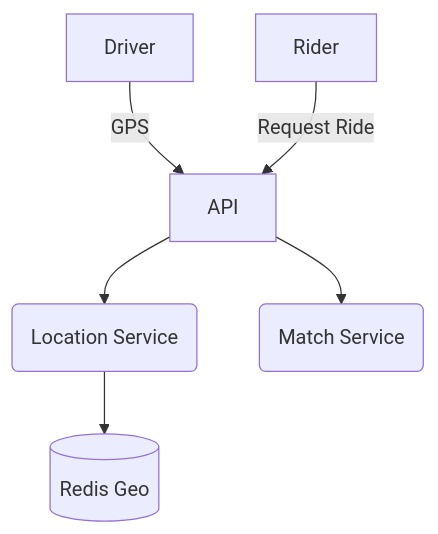
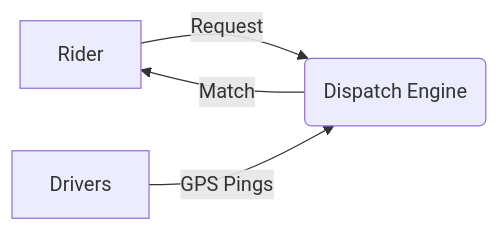
One commit to IshanDigra/HLD-Content changed the first of 2 diagrams in 19-Interview_Question/05) Location-Based Services/Hard/13_Uber/Problem.md. Above: the diagram before and after it, drawn with Mermaid. The commit also changed other lines of this file and 29 other files, not shown here.

First line of the commit message:
Address PR feedback: Add TOC, Diagrams, and BOE calculations

````diff
--- a/19-Interview_Question/05) Location-Based Services/Hard/13_Uber/Problem.md
+++ b/19-Interview_Question/05) Location-Based Services/Hard/13_Uber/Problem.md
@@ -111,8 +4,6 @@
 ```mermaid
-graph TD
-    Driver -->|GPS| API
-    Rider -->|Request Ride| API
-    API --> Loc(Location Service)
-    API --> Match(Match Service)
-    Loc --> Redis[(Redis Geo)]
+graph LR
+    A[Rider] -->|Request| B(Dispatch Engine)
+    C[Drivers] -->|GPS Pings| B
+    B -->|Match| A
 ```
````
